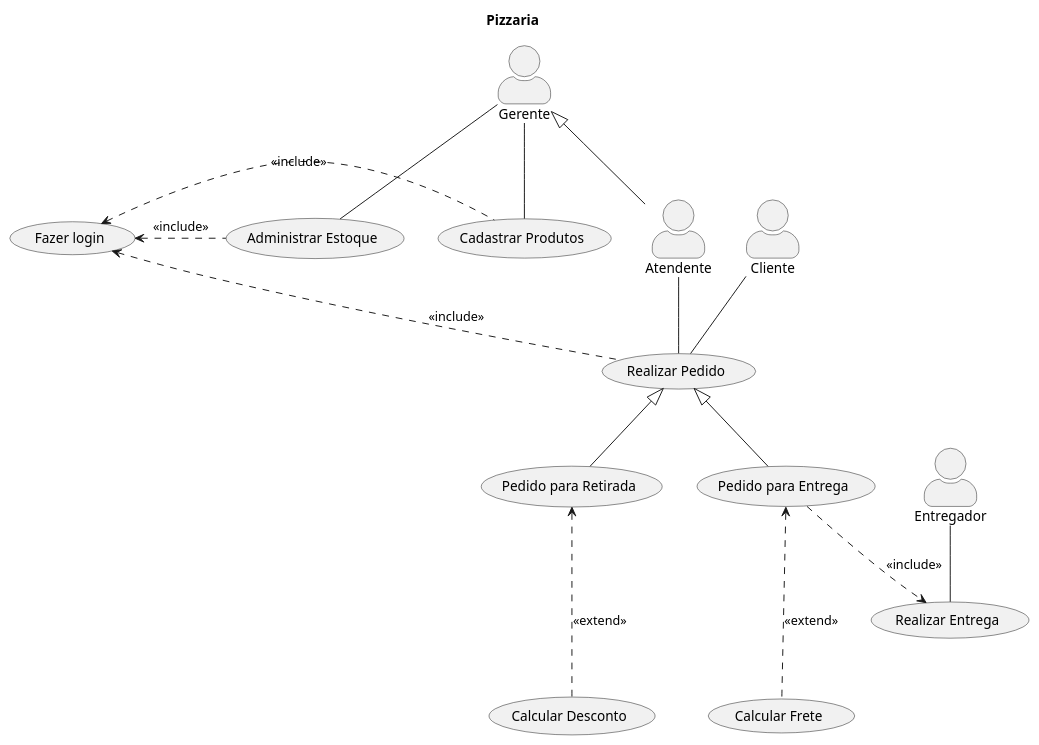
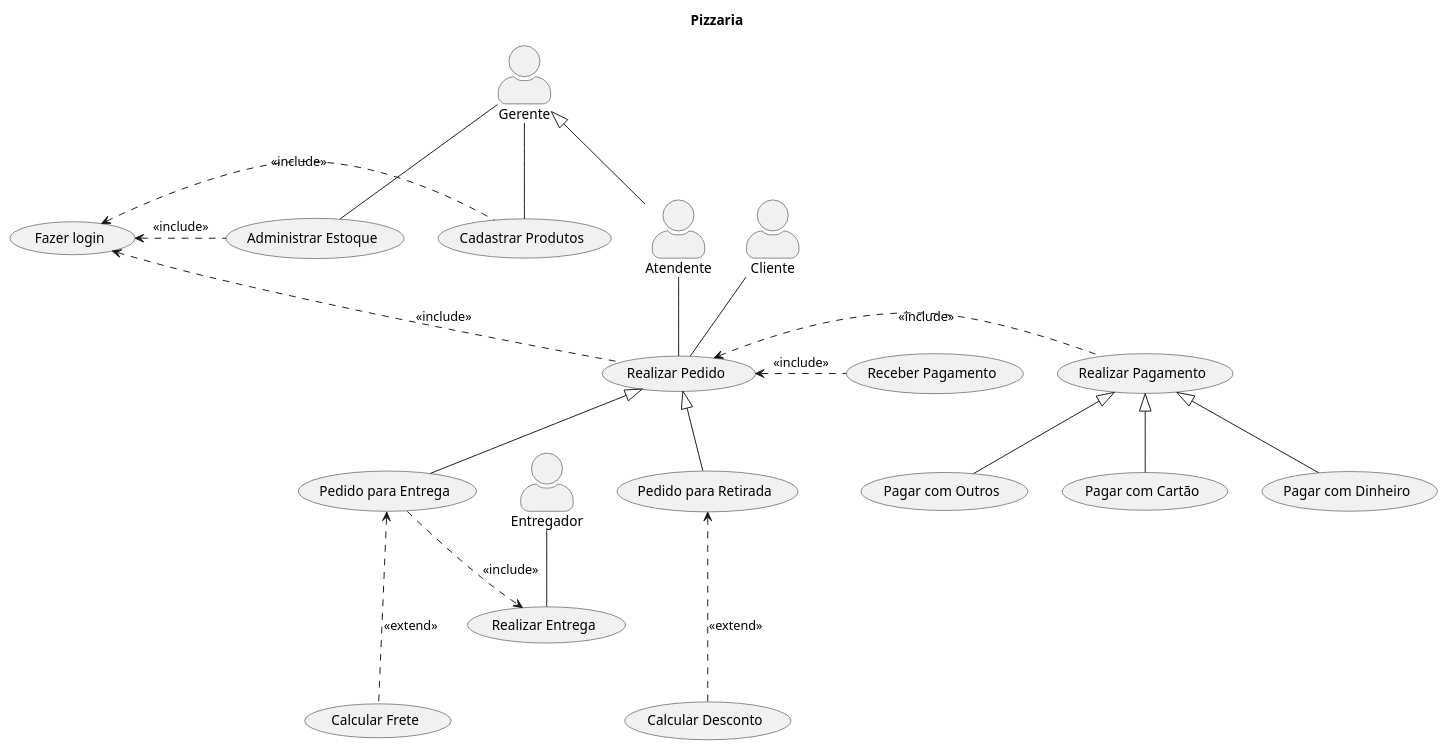
One commit to luiz-david05/APS-2024.2 changed the diagram in codigos/pizzaria.puml. Above: the diagram before and after it, drawn with PlantUML. The commit also changed 11 other files, not shown here.

```diff
--- a/codigos/pizzaria.puml
+++ b/codigos/pizzaria.puml
@@ -1,29 +1,35 @@
 @startuml pizzaria
 skinparam actorStyle awesome
 title Pizzaria
 
 actor Atendente
 actor Entregador
 actor Cliente
 Gerente <|-- Atendente
 
 Atendente -- (Realizar Pedido)
 Cliente -- (Realizar Pedido)
 Entregador -- (Realizar Entrega)
 
 (Realizar Pedido) <|-- (Pedido para Retirada)
 (Realizar Pedido) <|-- (Pedido para Entrega)
 
 (Pedido para Entrega) ..> (Realizar Entrega) : <<include>>
 
 (Pedido para Retirada) <-.- (Calcular Desconto) : <<extend>>
 (Pedido para Entrega) <-.- (Calcular Frete) : <<extend>>
 
+(Realizar Pagamento) <|-- (Pagar com Cartão)
+(Realizar Pagamento) <|-- (Pagar com Dinheiro)
+(Realizar Pagamento) <|-- (Pagar com Outros)
+
 Gerente -- (Administrar Estoque)
 Gerente -- (Cadastrar Produtos)
 
 (Fazer login) <. (Administrar Estoque) : <<include>>
 (Fazer login) <. (Cadastrar Produtos) : <<include>>
 (Fazer login) <. (Realizar Pedido) : <<include>>
+(Realizar Pedido) <. (Receber Pagamento) : <<include>>
+(Realizar Pedido) <. (Realizar Pagamento) : <<include>>
 
 @enduml
```
